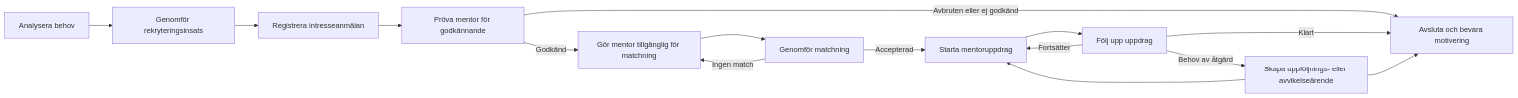
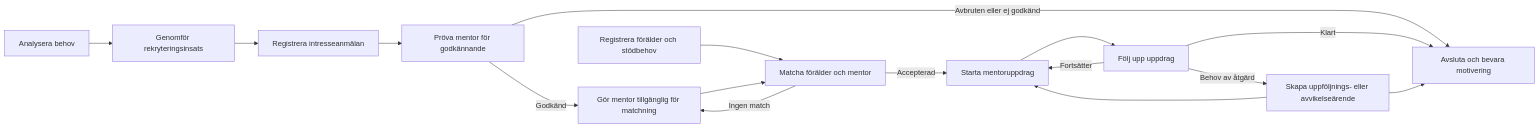
Before and after one commit to joeriks/foraldramentorer-juli: the first of 2 diagrams in docs/verksamhetsfloden-och-handlaggningsrutiner.md, drawn with Mermaid. The commit also changed other lines of this file and 4 other files, not shown here.

````diff
--- a/docs/verksamhetsfloden-och-handlaggningsrutiner.md
+++ b/docs/verksamhetsfloden-och-handlaggningsrutiner.md
@@ -130,17 +145,18 @@
 ```mermaid
 flowchart LR
     A["Analysera behov"] --> B["Genomför rekryteringsinsats"]
     B --> C["Registrera intresseanmälan"]
     C --> D["Pröva mentor för godkännande"]
     D -->|"Godkänd"| E["Gör mentor tillgänglig för matchning"]
     D -->|"Avbruten eller ej godkänd"| J["Avsluta och bevara motivering"]
-    E --> F["Genomför matchning"]
+    P["Registrera förälder och stödbehov"] --> F["Matcha förälder och mentor"]
+    E --> F
     F -->|"Accepterad"| G["Starta mentoruppdrag"]
     F -->|"Ingen match"| E
     G --> H["Följ upp uppdrag"]
     H -->|"Fortsätter"| G
     H -->|"Behov av åtgärd"| I["Skapa uppföljnings- eller avvikelseärende"]
     H -->|"Klart"| J
     I --> G
     I --> J
 ```
````
